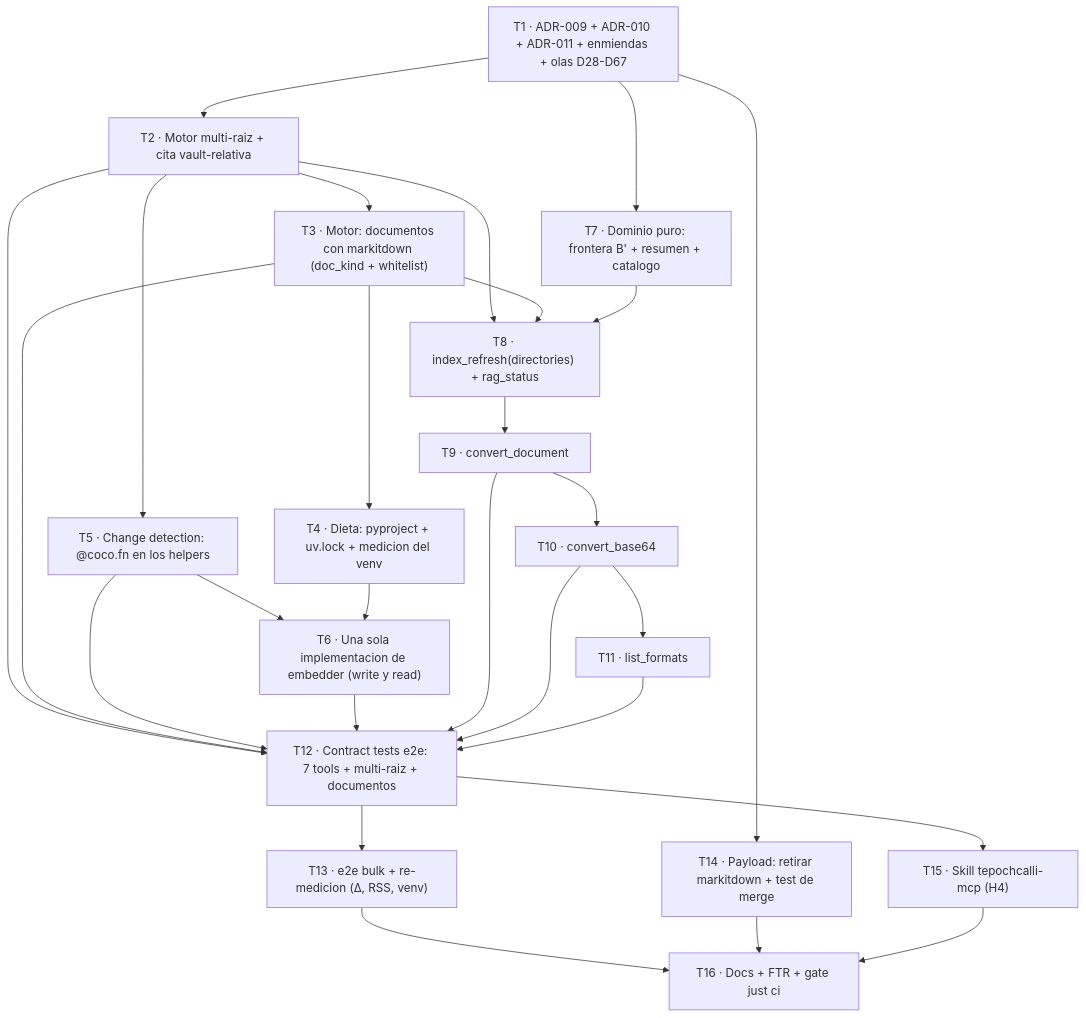
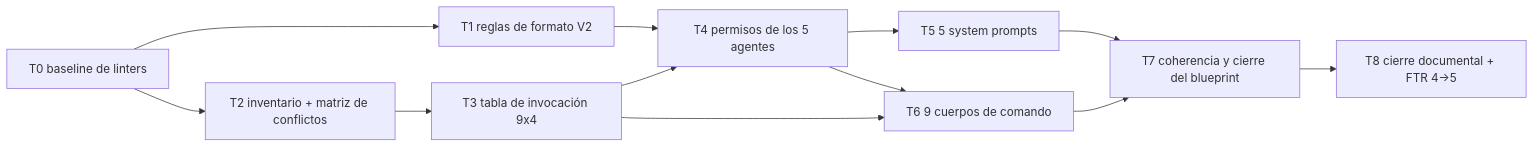
The diagram in tasks/plan.md (Fisherk2/tepochcalli-opencode), drawn with Mermaid before and after one commit. The commit also changed other lines of this file and 1 other file, not shown here.

First line of the commit message:
docs(tasks): plan de Phase 4 (blueprint del payload) + checklist

````diff
--- a/tasks/plan.md
+++ b/tasks/plan.md
@@ -191,29 +58,14 @@
 ```mermaid
-graph TB
-    T1["T1 · ADR-009 + ADR-010 + ADR-011 + enmiendas + olas D28-D67"] --> T2["T2 · Motor multi-raiz + cita vault-relativa"]
-    T2 --> T3["T3 · Motor: documentos con markitdown (doc_kind + whitelist)"]
-    T2 --> T5["T5 · Change detection: @coco.fn en los helpers"]
-    T3 --> T4["T4 · Dieta: pyproject + uv.lock + medicion del venv"]
-    T5 --> T6["T6 · Una sola implementacion de embedder (write y read)"]
+graph LR
+    T0["T0 baseline de linters"] --> T1
+    T1["T1 reglas de formato V2"] --> T4["T4 permisos de los 5 agentes"]
+    T0 --> T2["T2 inventario + matriz de conflictos"]
+    T2 --> T3["T3 tabla de invocación 9x4"]
+    T3 --> T4
+    T4 --> T5["T5 5 system prompts"]
+    T3 --> T6["T6 9 cuerpos de comando"]
     T4 --> T6
-    T1 --> T7["T7 · Dominio puro: frontera B' + resumen + catalogo"]
-    T2 --> T8["T8 · index_refresh(directories) + rag_status"]
-    T3 --> T8
-    T7 --> T8
-    T8 --> T9["T9 · convert_document"]
-    T9 --> T10["T10 · convert_base64"]
-    T10 --> T11["T11 · list_formats"]
-    T2 --> T12["T12 · Contract tests e2e: 7 tools + multi-raiz + documentos"]
-    T3 --> T12
-    T5 --> T12
-    T6 --> T12
-    T9 --> T12
-    T10 --> T12
-    T11 --> T12
-    T12 --> T13["T13 · e2e bulk + re-medicion (Δ, RSS, venv)"]
-    T1 --> T14["T14 · Payload: retirar markitdown + test de merge"]
-    T12 --> T15["T15 · Skill tepochcalli-mcp (H4)"]
-    T13 --> T16["T16 · Docs + FTR + gate just ci"]
-    T14 --> T16
-    T15 --> T16
+    T5 --> T7["T7 coherencia y cierre del blueprint"]
+    T6 --> T7
+    T7 --> T8["T8 cierre documental + FTR 4->5"]
 ```
````
